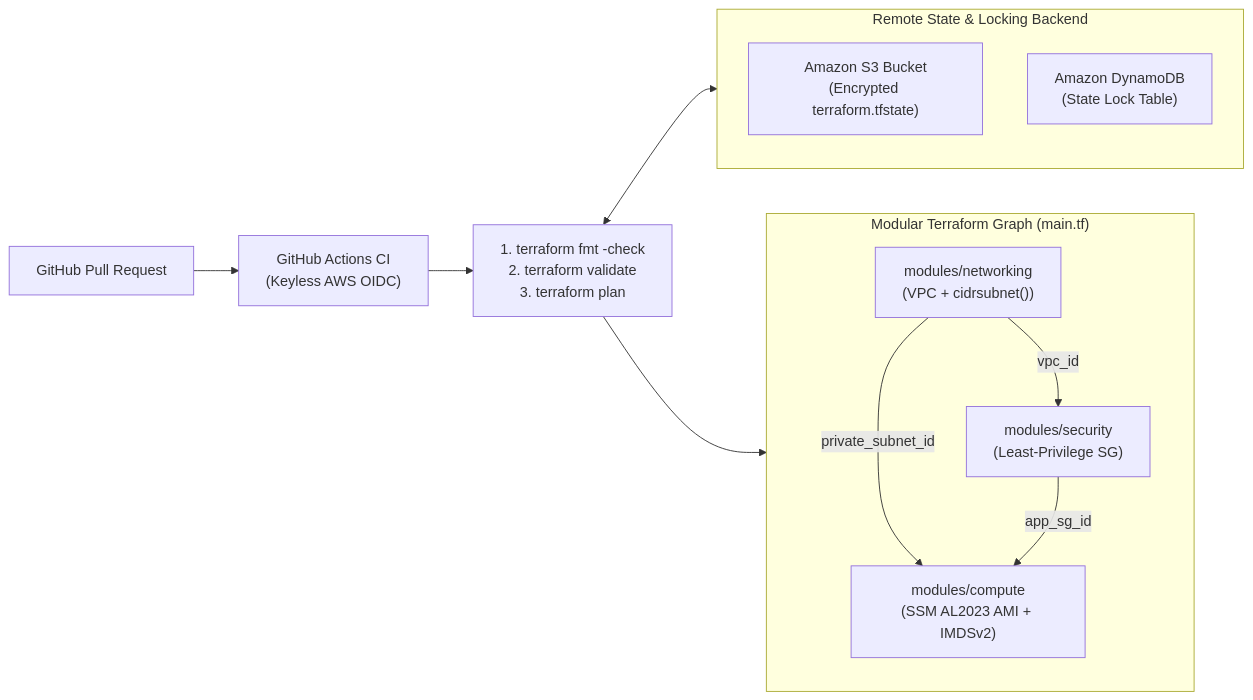
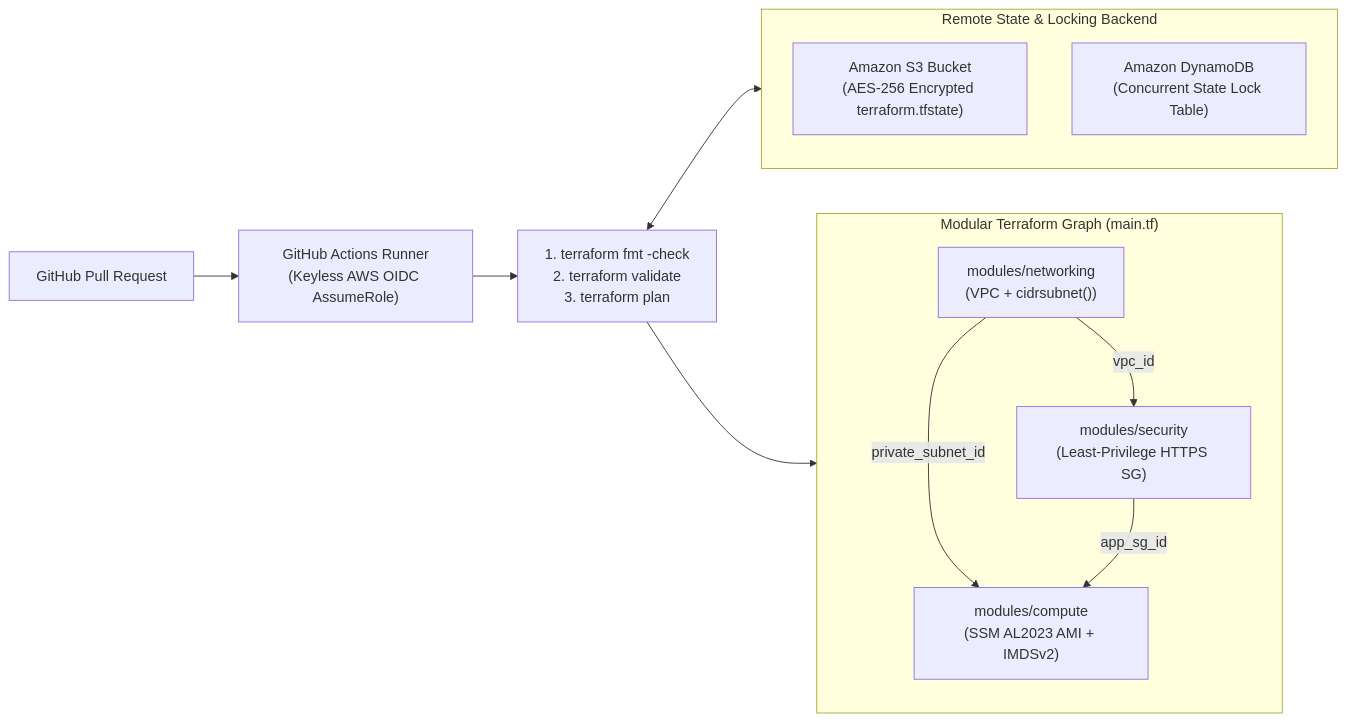
Before and after one commit to Phlotonic/home-lab-templates-portfolio: the diagram in 05-terraform-modular-pipeline/EXPLAIN-IT-SIMPLY.md, drawn with Mermaid. The commit also changed other lines of this file and 9 other files, not shown here.

Commit message:
docs(architecture): polish repository to enterprise production standard

````diff
--- a/05-terraform-modular-pipeline/EXPLAIN-IT-SIMPLY.md
+++ b/05-terraform-modular-pipeline/EXPLAIN-IT-SIMPLY.md
@@ -10,20 +12,20 @@
 ```mermaid
 flowchart LR
-    PR["GitHub Pull Request"] --> GHA["GitHub Actions CI<br/>(Keyless AWS OIDC)"]
+    PR["GitHub Pull Request"] --> GHA["GitHub Actions Runner<br/>(Keyless AWS OIDC AssumeRole)"]
     GHA --> Checks["1. terraform fmt -check<br/>2. terraform validate<br/>3. terraform plan"]
 
     subgraph State["Remote State & Locking Backend"]
-        S3["Amazon S3 Bucket<br/>(Encrypted terraform.tfstate)"]
-        DDB["Amazon DynamoDB<br/>(State Lock Table)"]
+        S3["Amazon S3 Bucket<br/>(AES-256 Encrypted terraform.tfstate)"]
+        DDB["Amazon DynamoDB<br/>(Concurrent State Lock Table)"]
     end
 
     Checks <--> State
 
     subgraph Modules["Modular Terraform Graph (main.tf)"]
-        Net["modules/networking<br/>(VPC + cidrsubnet())"] -- "vpc_id" --> Sec["modules/security<br/>(Least-Privilege SG)"]
+        Net["modules/networking<br/>(VPC + cidrsubnet())"] -- "vpc_id" --> Sec["modules/security<br/>(Least-Privilege HTTPS SG)"]
         Net -- "private_subnet_id" --> Comp["modules/compute<br/>(SSM AL2023 AMI + IMDSv2)"]
         Sec -- "app_sg_id" --> Comp
     end
 
     Checks --> Modules
 ```
````
